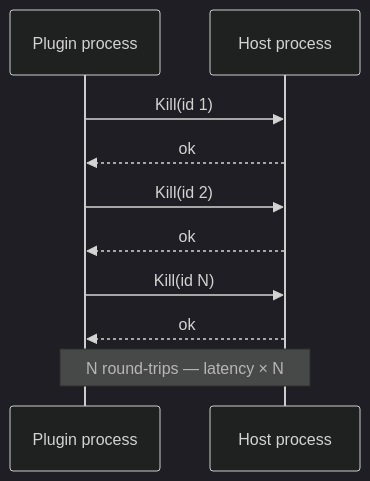
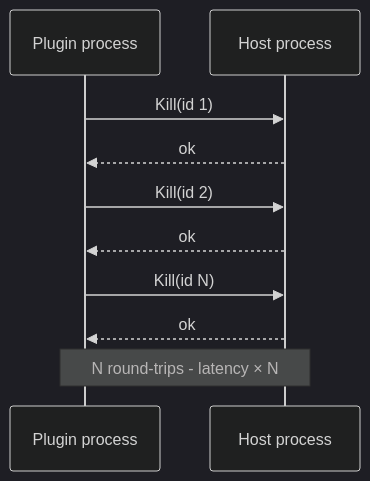
Before and after one commit to JKamsker/DotBoxD: the second of 4 diagrams in docs-site/src/content/docs/why-dotboxd.md, drawn with Mermaid (dark theme). The commit also changed other lines of this file and 89 other files, not shown here.

````diff
--- a/docs-site/src/content/docs/why-dotboxd.md
+++ b/docs-site/src/content/docs/why-dotboxd.md
@@ -36,12 +36,12 @@
 ```mermaid
 sequenceDiagram
     participant P as Plugin process
     participant H as Host process
     P->>H: Kill(id 1)
     H-->>P: ok
     P->>H: Kill(id 2)
     H-->>P: ok
     P->>H: Kill(id N)
     H-->>P: ok
-    Note over P,H: N round-trips — latency × N
+    Note over P,H: N round-trips - latency × N
 ```
````
